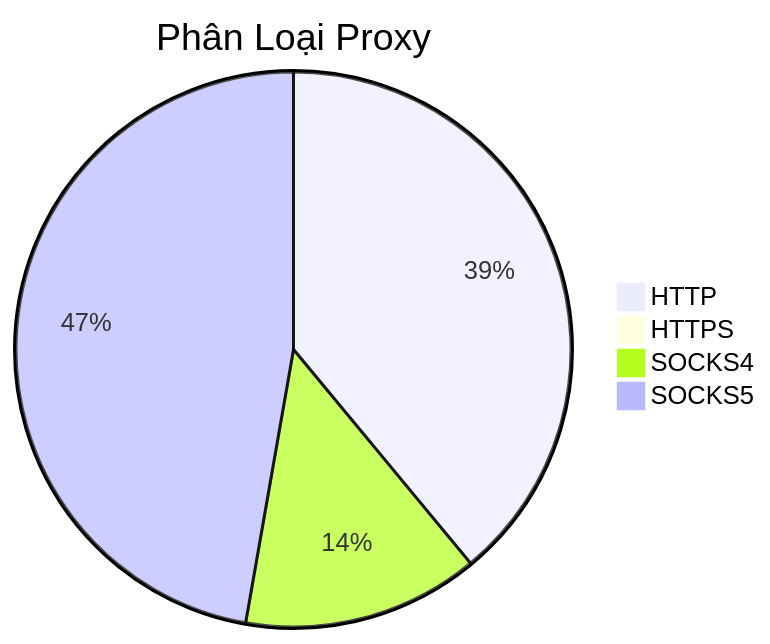
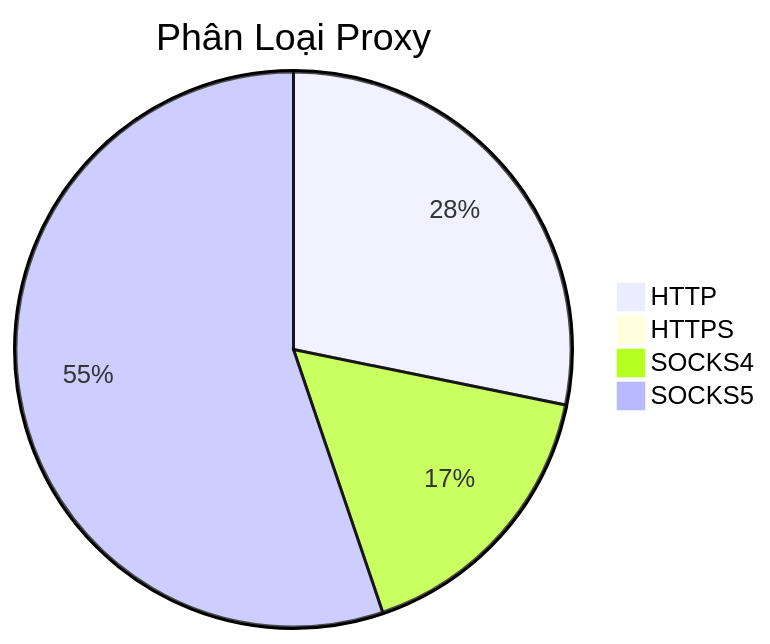
The diagram in README.md (Ciara-12/PROXY-free), drawn with Mermaid before and after one commit. The commit also changed other lines of this file and 4 other files, not shown here.

````diff
--- a/README.md
+++ b/README.md
@@ -26,7 +26,7 @@
 ```mermaid
 pie title Phân Loại Proxy
-    "HTTP" : 756
-    "HTTPS" : 0
-    "SOCKS4" : 267
-    "SOCKS5" : 916
+    "HTTP" : 352
+    "HTTPS" : 1
+    "SOCKS4" : 207
+    "SOCKS5" : 689
 ```
````
